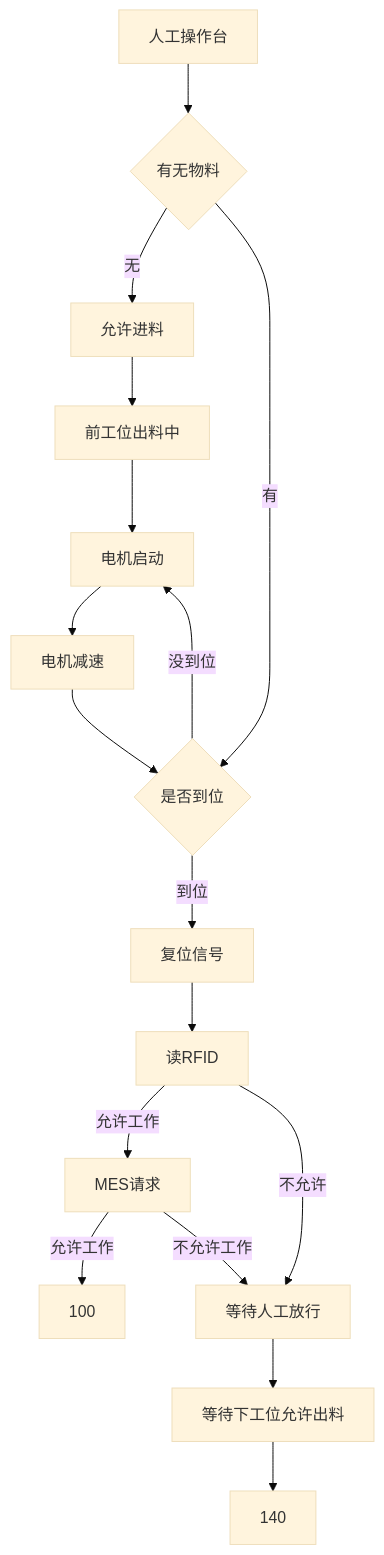
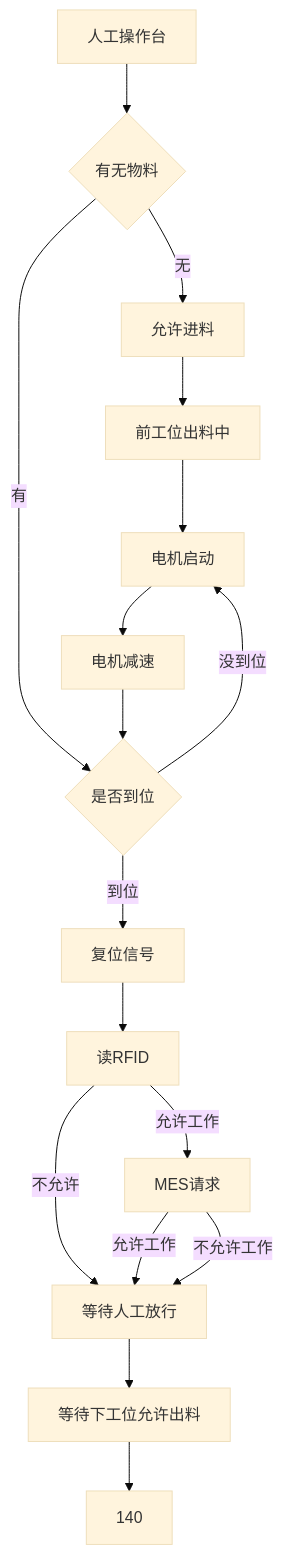
The diagram in all/未命名-4.md (PengKun1/iodraw-files), drawn with Mermaid (base theme) before and after one commit.

Commit message:
2024-12-20 14:53:07 update

````diff
--- a/all/未命名-4.md
+++ b/all/未命名-4.md
@@ -1,19 +1,19 @@
 ```mermaid
 graph TD
 0[人工操作台]-->10
 10{有无物料}-->|无|20
 10-->|有|60
 20[允许进料]-->30
 30[前工位出料中]-->40
 40[电机启动]-->50
 50[电机减速]-->60
 60{是否到位}-->|到位|70
 60-->|没到位|40
 70[复位信号]-->80
 80[读RFID]-->|允许工作|90
 80-->|不允许|120
-90[MES请求]-->|允许工作|100
+90[MES请求]-->|允许工作|120
 90-->|不允许工作|120
 120[等待人工放行]-->130
 130[等待下工位允许出料]-->140
 ```
````
